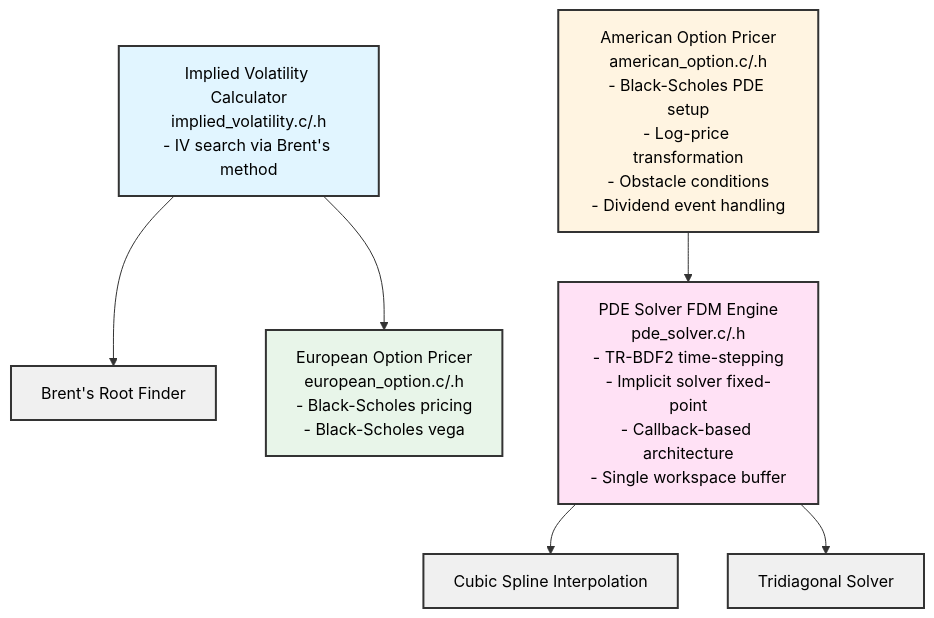
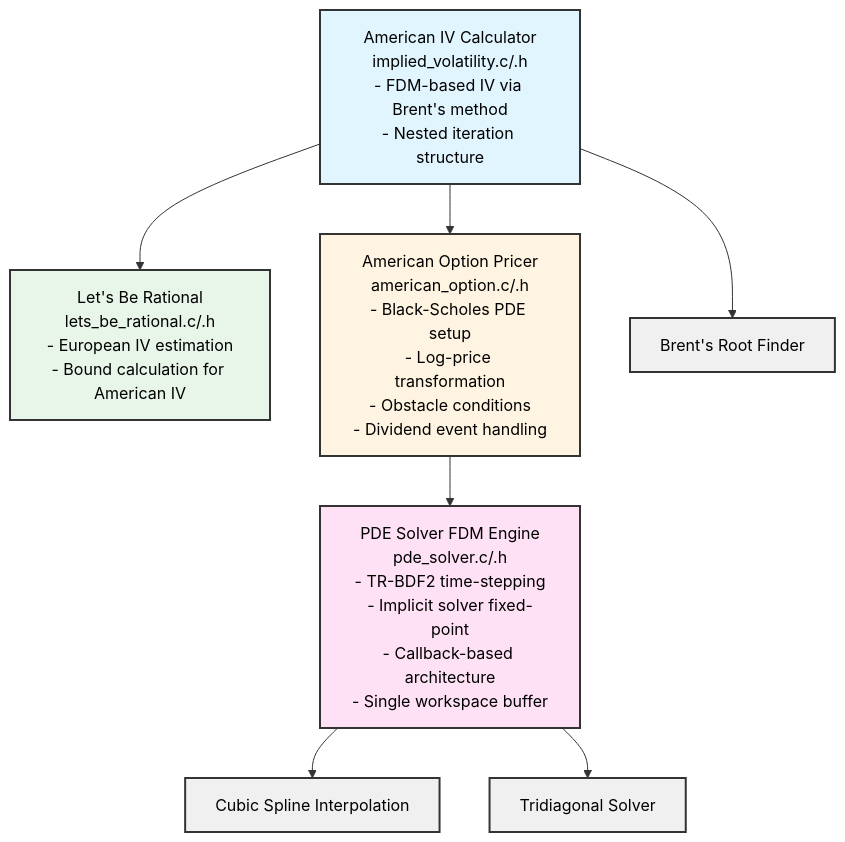
Before and after one commit to accelas/mango-option: the first of 6 diagrams in docs/ARCHITECTURE.md, drawn with Mermaid. The commit also changed other lines of this file and 4 other files, not shown here.

First line of the commit message:
Update documentation for American option focus

````diff
--- a/docs/ARCHITECTURE.md
+++ b/docs/ARCHITECTURE.md
@@ -21,28 +21,29 @@
 ```mermaid
 graph TD
-    IV[Implied Volatility Calculator<br/>implied_volatility.c/.h<br/>- IV search via Brent's method]
+    IV[American IV Calculator<br/>implied_volatility.c/.h<br/>- FDM-based IV via Brent's method<br/>- Nested iteration structure]
 
-    EO[European Option Pricer<br/>european_option.c/.h<br/>- Black-Scholes pricing<br/>- Black-Scholes vega]
+    LBR[Let's Be Rational<br/>lets_be_rational.c/.h<br/>- European IV estimation<br/>- Bound calculation for American IV]
 
     AO[American Option Pricer<br/>american_option.c/.h<br/>- Black-Scholes PDE setup<br/>- Log-price transformation<br/>- Obstacle conditions<br/>- Dividend event handling]
 
     PDE[PDE Solver FDM Engine<br/>pde_solver.c/.h<br/>- TR-BDF2 time-stepping<br/>- Implicit solver fixed-point<br/>- Callback-based architecture<br/>- Single workspace buffer]
 
     BRENT[Brent's Root Finder]
     SPLINE[Cubic Spline Interpolation]
     TRI[Tridiagonal Solver]
 
     IV --> BRENT
-    IV --> EO
+    IV --> LBR
+    IV --> AO
     AO --> PDE
     PDE --> SPLINE
     PDE --> TRI
 
     style IV fill:#e1f5ff,stroke:#333,stroke-width:2px,color:#000
-    style EO fill:#e8f5e9,stroke:#333,stroke-width:2px,color:#000
+    style LBR fill:#e8f5e9,stroke:#333,stroke-width:2px,color:#000
     style AO fill:#fff4e1,stroke:#333,stroke-width:2px,color:#000
     style PDE fill:#ffe1f5,stroke:#333,stroke-width:2px,color:#000
     style BRENT fill:#f0f0f0,stroke:#333,stroke-width:2px,color:#000
     style SPLINE fill:#f0f0f0,stroke:#333,stroke-width:2px,color:#000
     style TRI fill:#f0f0f0,stroke:#333,stroke-width:2px,color:#000
 ```
````
